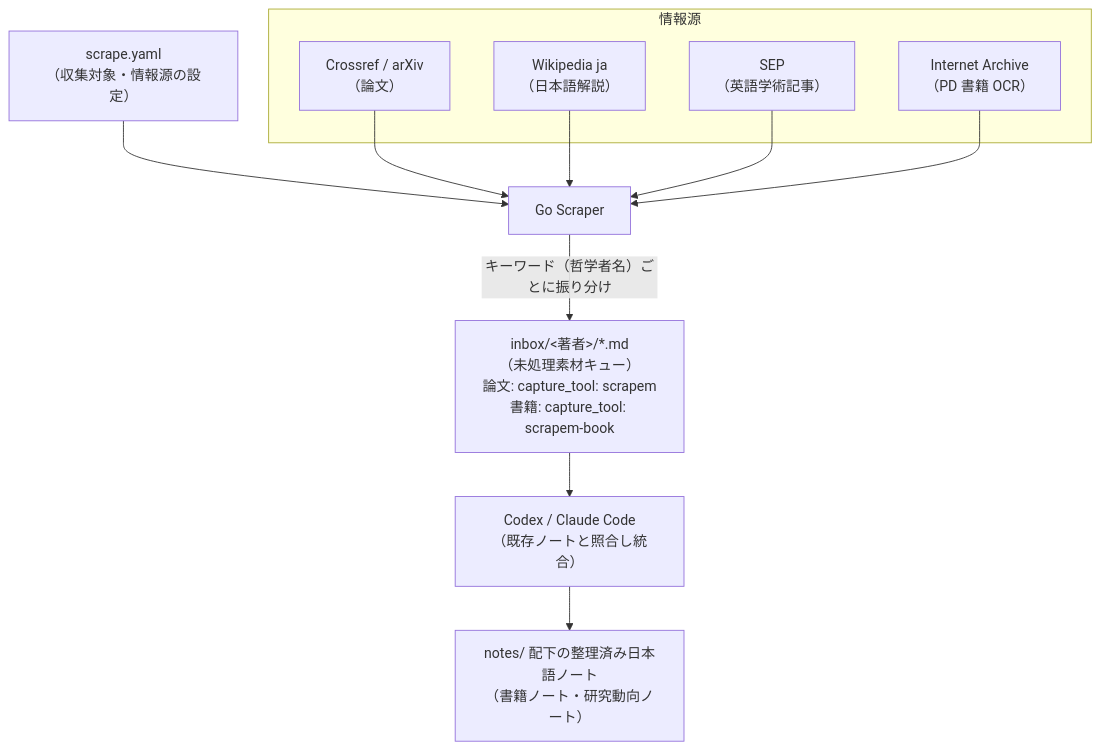
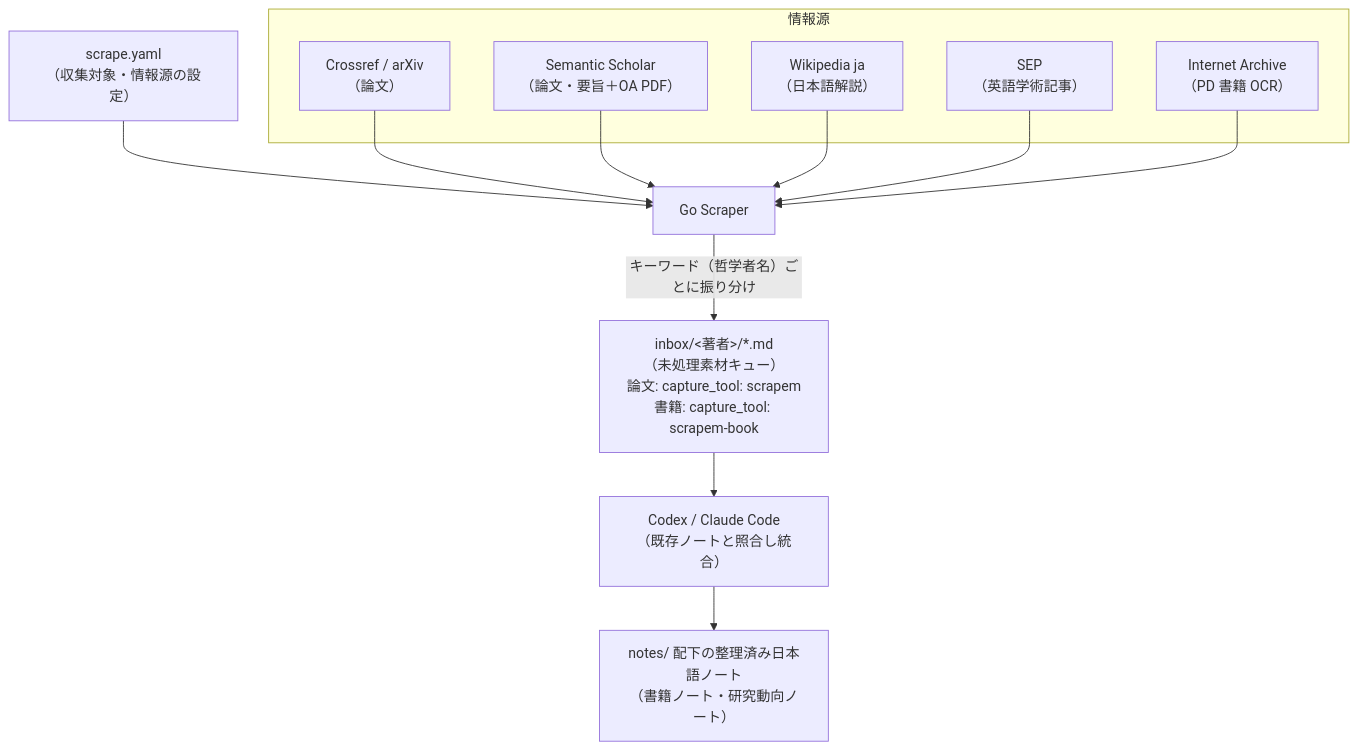
The diagram in README.md (jedipunkz/philosophy), drawn with Mermaid before and after one commit. The commit also changed other lines of this file and 6 other files, not shown here.

First line of the commit message:
Add: Semantic Scholar を論文ソースとして追加

````diff
--- a/README.md
+++ b/README.md
@@ -84,25 +84,27 @@
 ```mermaid
 flowchart TD
     config["scrape.yaml<br/>（収集対象・情報源の設定）"]
 
     subgraph sources["情報源"]
         crossref["Crossref / arXiv<br/>（論文）"]
+        s2["Semantic Scholar<br/>（論文・要旨＋OA PDF）"]
         wiki["Wikipedia ja<br/>（日本語解説）"]
         sep["SEP<br/>（英語学術記事）"]
         archive["Internet Archive<br/>（PD 書籍 OCR）"]
     end
 
     scraper["Go Scraper"]
     inbox["inbox/&lt;著者&gt;/*.md<br/>（未処理素材キュー）<br/>論文: capture_tool: scrapem<br/>書籍: capture_tool: scrapem-book"]
     agent["Codex / Claude Code<br/>（既存ノートと照合し統合）"]
     notes["notes/ 配下の整理済み日本語ノート<br/>（書籍ノート・研究動向ノート）"]
 
     config --> scraper
     crossref --> scraper
+    s2 --> scraper
     wiki --> scraper
     sep --> scraper
     archive --> scraper
     scraper -->|キーワード（哲学者名）ごとに振り分け| inbox
     inbox --> agent
     agent --> notes
 ```
````
